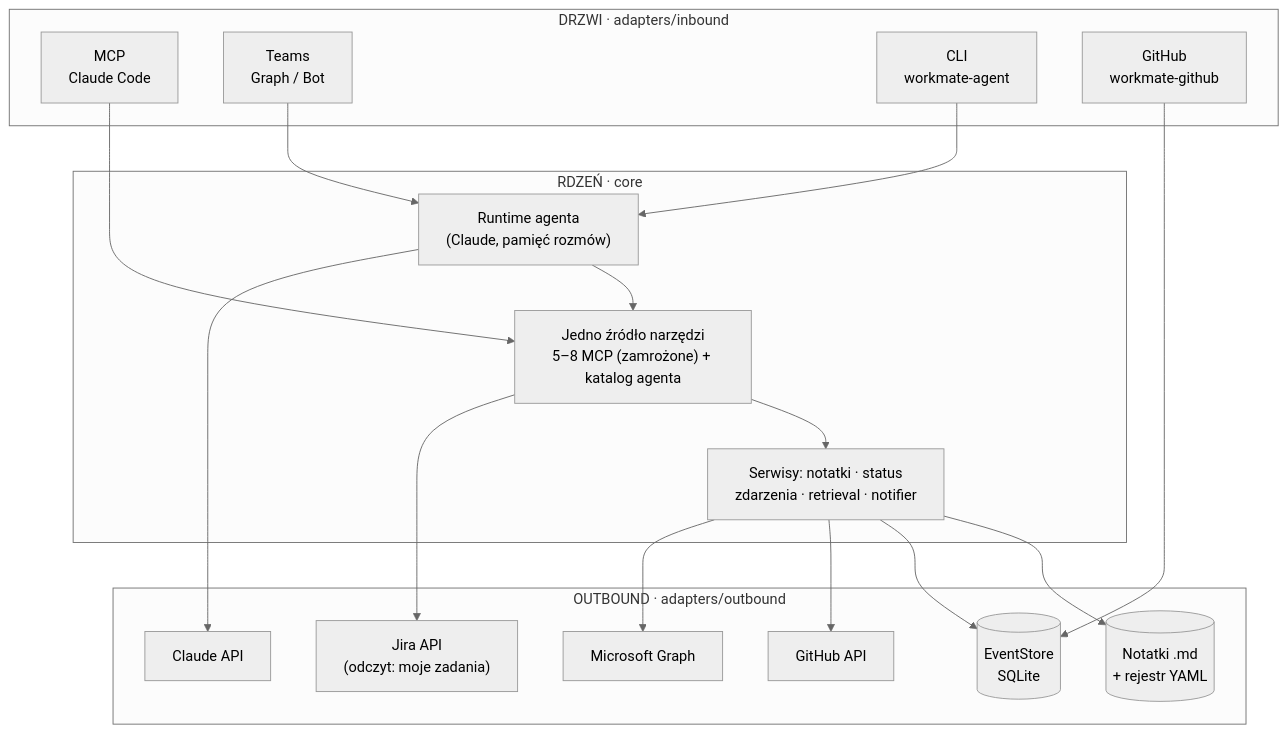
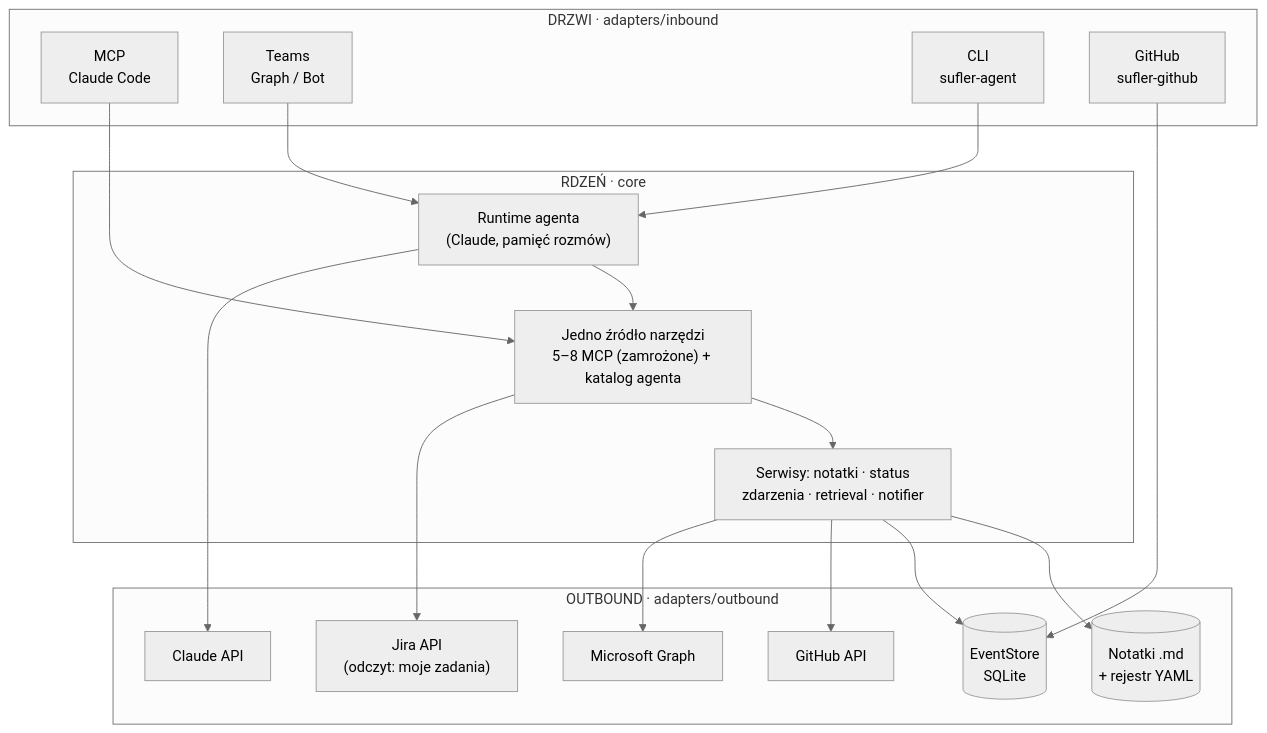
The first of 2 diagrams in README.md (P0w3r223/sufler), drawn with Mermaid (neutral theme) before and after one commit. The commit also changed other lines of this file and 749 other files, not shown here.

````diff
--- a/README.md
+++ b/README.md
@@ -170,34 +170,34 @@
 ```mermaid
 flowchart TB
     subgraph D["DRZWI · adapters/inbound"]
         MCP["MCP<br/>Claude Code"]
         TG["Teams<br/>Graph / Bot"]
-        CLI["CLI<br/>workmate-agent"]
-        GHD["GitHub<br/>workmate-github"]
+        CLI["CLI<br/>sufler-agent"]
+        GHD["GitHub<br/>sufler-github"]
     end
     subgraph C["RDZEŃ · core"]
         CAT["Jedno źródło narzędzi<br/>5–8 MCP (zamrożone) + katalog agenta"]
         AG["Runtime agenta<br/>(Claude, pamięć rozmów)"]
         SVC["Serwisy: notatki · status<br/>zdarzenia · retrieval · notifier"]
     end
     subgraph O["OUTBOUND · adapters/outbound"]
         NOTES[("Notatki .md<br/>+ rejestr YAML")]
         LLM["Claude API"]
         ES[("EventStore<br/>SQLite")]
         GHAPI["GitHub API"]
         JIRAAPI["Jira API<br/>(odczyt: moje zadania)"]
         GRAPH["Microsoft Graph"]
     end
     MCP --> CAT
     TG --> AG
     CLI --> AG
     GHD --> ES
     AG --> CAT
     CAT --> SVC
     SVC --> NOTES
     SVC --> ES
     AG --> LLM
     SVC --> GHAPI
     CAT --> JIRAAPI
     SVC --> GRAPH
 ```
````
